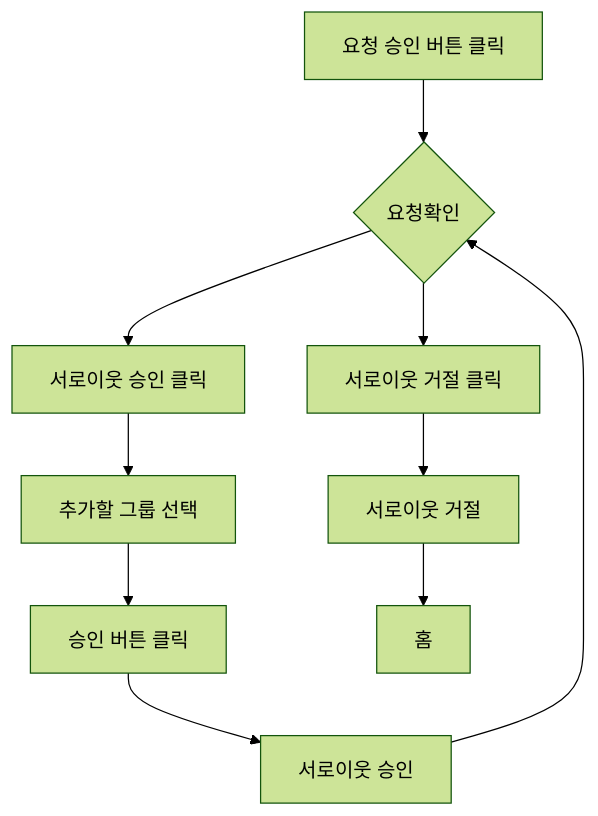
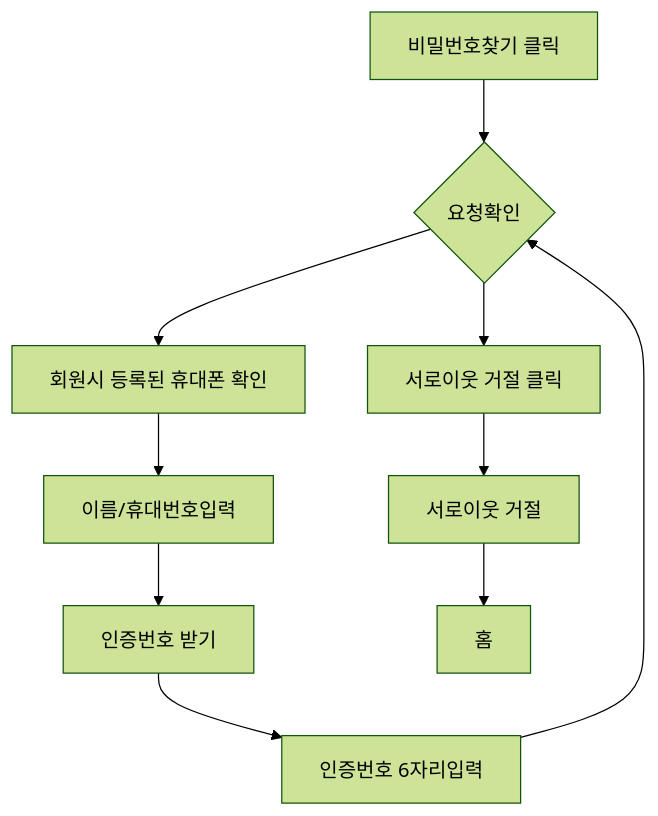
One commit to 95126m/OnboardingProject changed the second of 3 diagrams in login_기능정의서.md. Above: the diagram before and after it, drawn with Mermaid (forest theme). The commit also changed other lines of this file, not shown here.

````diff
--- a/login_기능정의서.md
+++ b/login_기능정의서.md
@@ -49,4 +48,4 @@
 ```mermaid
 flowchart TD
-    A[요청 승인 버튼 클릭]-->B{요청 확인}-->c[서로이웃 승인 클릭]-->d[추가할 그룹 선택]-->e[승인 버튼 클릭]-->f[서로이웃 승인]-->B{요청확인}-->h[서로이웃 거절 클릭]-->i[서로이웃 거절]-->j[홈]
+    A[비밀번호찾기 클릭]-->B{아이디 입력}-->c[회원시 등록된 휴대폰 확인]-->d[이름/휴대번호입력]-->e[인증번호 받기]-->f[인증번호 6자리입력]-->B{요청확인}-->h[서로이웃 거절 클릭]-->i[서로이웃 거절]-->j[홈]
 ```
````
